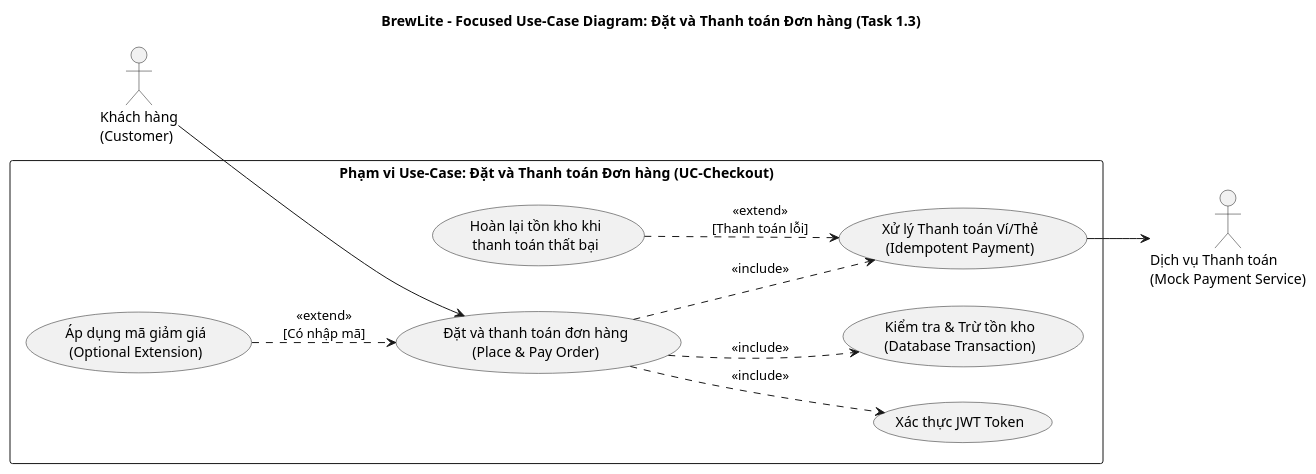
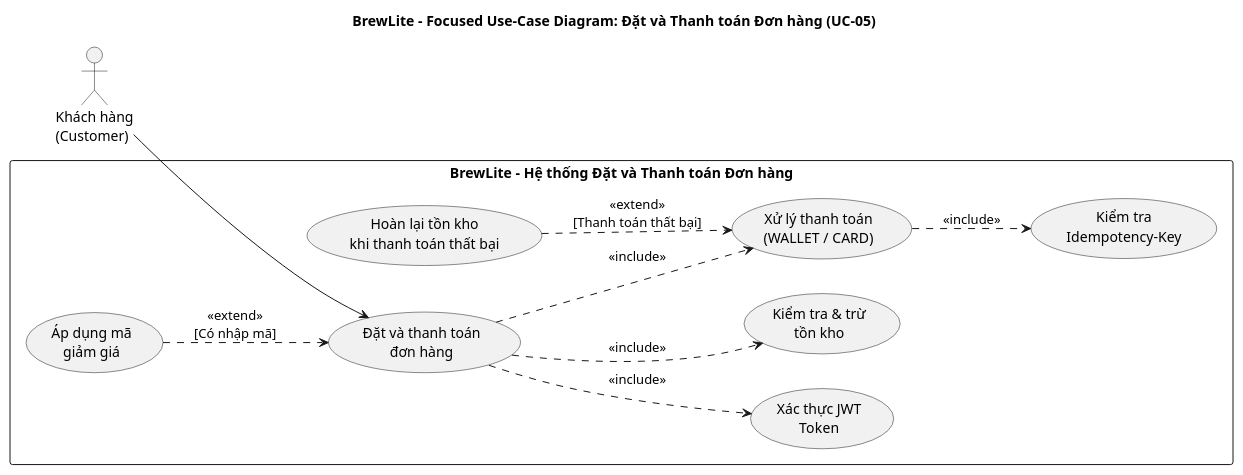
The diagram in docs/diagrams/usecase-checkout.puml (BMT0306/A2_BrewLite), drawn with PlantUML before and after one commit.

Commit message:
docs(task-6): update checkout use-case diagram

```diff
--- a/docs/diagrams/usecase-checkout.puml
+++ b/docs/diagrams/usecase-checkout.puml
@@ -1,26 +1,38 @@
 @startuml usecase-checkout
 left to right direction
 skinparam packageStyle rectangle
-title BrewLite - Focused Use-Case Diagram: Đặt và Thanh toán Đơn hàng (Task 1.3)
+
+title BrewLite - Focused Use-Case Diagram: Đặt và Thanh toán Đơn hàng (UC-05)
 
 actor "Khách hàng\n(Customer)" as Customer
-actor "Dịch vụ Thanh toán\n(Mock Payment Service)" as PaySvc
 
-rectangle "Phạm vi Use-Case: Đặt và Thanh toán Đơn hàng (UC-Checkout)" {
-  usecase "Đặt và thanh toán đơn hàng\n(Place & Pay Order)" as UC_Main
-  usecase "Xác thực JWT Token" as UC_Auth
-  usecase "Kiểm tra & Trừ tồn kho\n(Database Transaction)" as UC_Stock
-  usecase "Xử lý Thanh toán Ví/Thẻ\n(Idempotent Payment)" as UC_Pay
-  usecase "Hoàn lại tồn kho khi\nthanh toán thất bại" as UC_Rollback
-  usecase "Áp dụng mã giảm giá\n(Optional Extension)" as UC_Promo
+rectangle "BrewLite - Hệ thống Đặt và Thanh toán Đơn hàng" {
+
+  usecase "Đặt và thanh toán\nđơn hàng" as UC_Main
+
+  usecase "Xác thực JWT\nToken" as UC_Auth
+
+  usecase "Kiểm tra & trừ\ntồn kho" as UC_Stock
+
+  usecase "Xử lý thanh toán\n(WALLET / CARD)" as UC_Pay
+
+  usecase "Kiểm tra\nIdempotency-Key" as UC_Idempotency
+
+  usecase "Hoàn lại tồn kho\nkhi thanh toán thất bại" as UC_Rollback
+
+  usecase "Áp dụng mã\ngiảm giá" as UC_Promo
 
   UC_Main ..> UC_Auth : <<include>>
   UC_Main ..> UC_Stock : <<include>>
   UC_Main ..> UC_Pay : <<include>>
-  UC_Rollback ..> UC_Pay : <<extend>>\n[Thanh toán lỗi]
+
+  UC_Pay ..> UC_Idempotency : <<include>>
+
+  UC_Rollback ..> UC_Pay : <<extend>>\n[Thanh toán thất bại]
+
   UC_Promo ..> UC_Main : <<extend>>\n[Có nhập mã]
 }
 
 Customer --> UC_Main
-UC_Pay --> PaySvc
+
 @enduml
```
